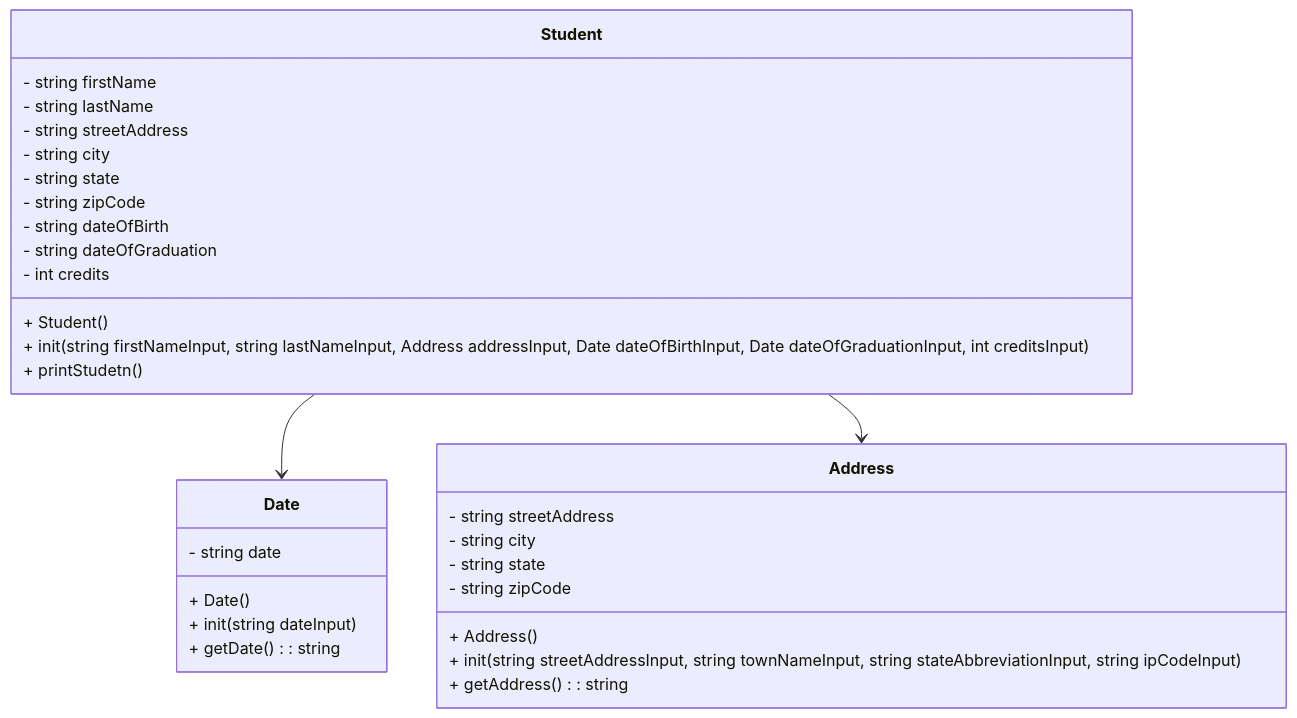
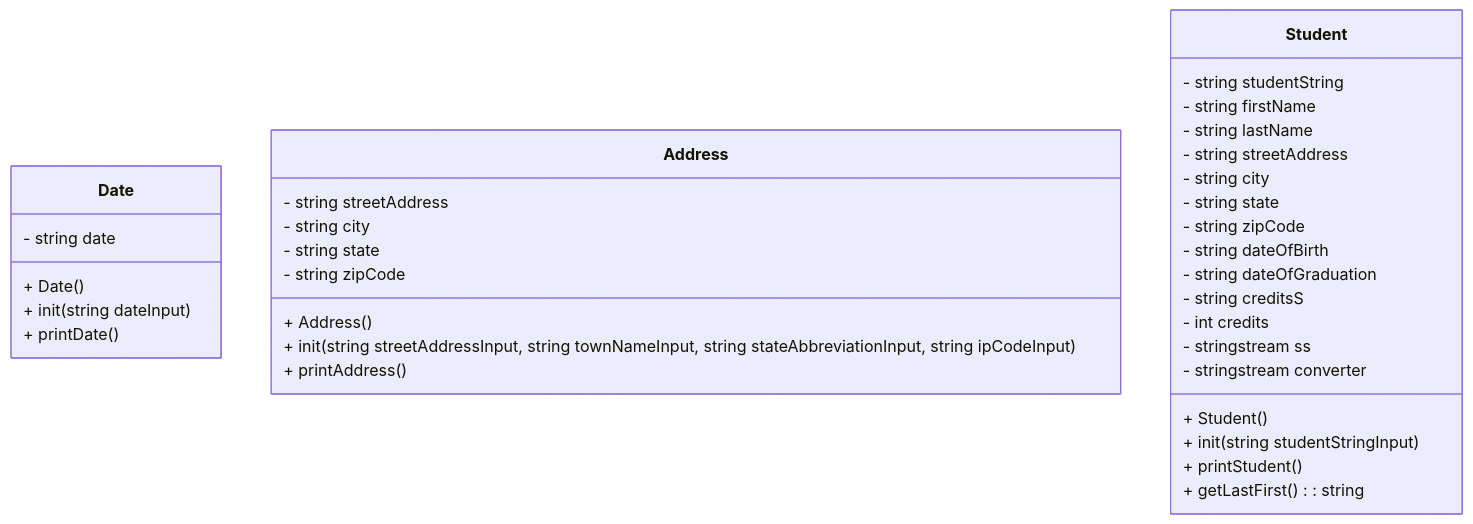
One commit to fish-2122/CS121-Project-6-Heap-Of-Students changed the diagram in README.md. Above: the diagram before and after it, drawn with Mermaid. The commit also changed other lines of this file and 3 other files, not shown here.

````diff
--- a/README.md
+++ b/README.md
@@ -3,38 +3,40 @@
 ```mermaid
 classDiagram
 
 class Date {
     - string date
     + Date()
     + init(string dateInput)
-    + getDate() : string
+    + printDate()
 }
 
 class Address {
     - string streetAddress
     - string city
     - string state
     - string zipCode
     + Address()
     + init(string streetAddressInput, string townNameInput, string stateAbbreviationInput, string ipCodeInput)
-    + getAddress() : string
+    + printAddress()
 }
 
 class Student {
+    - string studentString
     - string firstName
     - string lastName
     - string streetAddress
     - string city
     - string state
     - string zipCode
     - string dateOfBirth
     - string dateOfGraduation
+    - string creditsS
     - int credits
+    - stringstream ss
+    - stringstream converter
     + Student()
-    + init(string firstNameInput, string lastNameInput, Address addressInput, Date dateOfBirthInput, Date dateOfGraduationInput, int creditsInput)
-    + printStudetn()
+    + init(string studentStringInput)
+    + printStudent()
+    + getLastFirst() : string
 }
-
-Student --> Date
-Student --> Address
 ```
````
